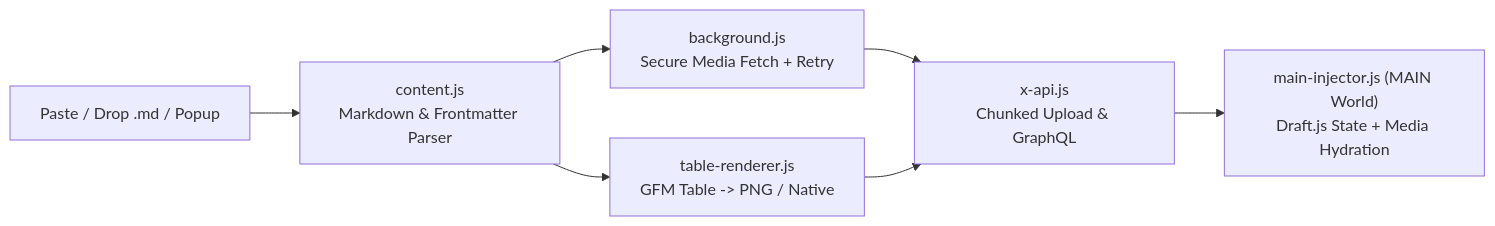
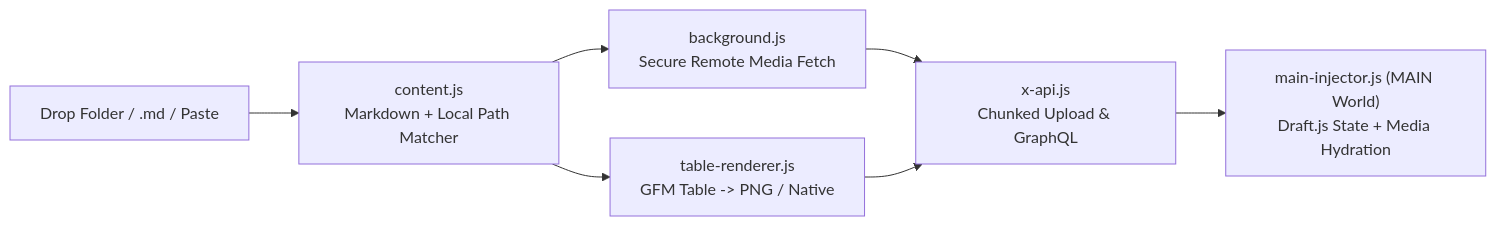
The diagram in README.md (williamdh457/x_copy_transfer), drawn with Mermaid before and after one commit. The commit also changed other lines of this file and 8 other files, not shown here.

Commit message:
feat: support local relative image previews & folder drop, upgrade README showcase

````diff
--- a/README.md
+++ b/README.md
@@ -48,9 +93,9 @@
 ```mermaid
 flowchart LR
-    A["Paste / Drop .md / Popup"] --> B["content.js\nMarkdown & Frontmatter Parser"]
+    A["Drop Folder / .md / Paste"] --> B["content.js\nMarkdown + Local Path Matcher"]
     B --> C["table-renderer.js\nGFM Table -> PNG / Native"]
-    B --> D["background.js\nSecure Media Fetch + Retry"]
+    B --> D["background.js\nSecure Remote Media Fetch"]
     D --> E["x-api.js\nChunked Upload & GraphQL"]
     C --> E
     E --> F["main-injector.js (MAIN World)\nDraft.js State + Media Hydration"]
 ```
````
